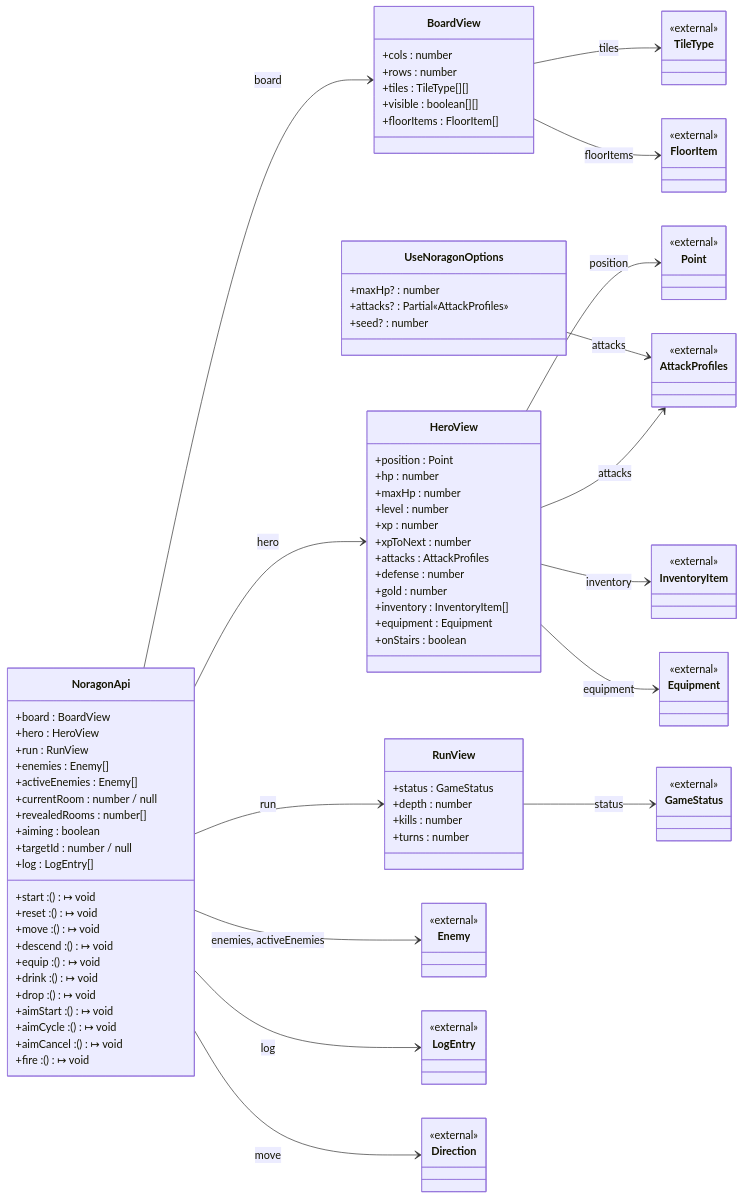
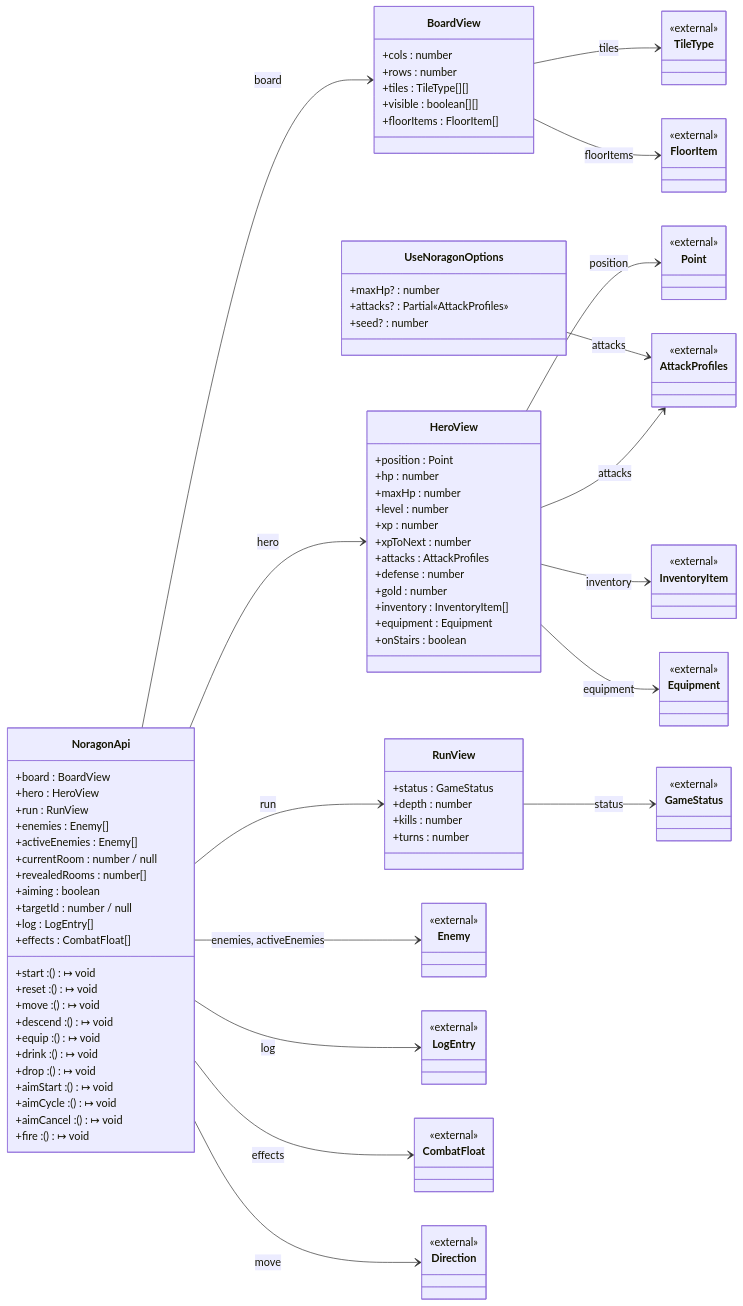
The third of 4 diagrams in docs/DOMAIN_MODEL.md (norarcasey/legends-of-noragon), drawn with Mermaid before and after one commit. The commit also changed other lines of this file and 4 other files, not shown here.

````diff
--- a/docs/DOMAIN_MODEL.md
+++ b/docs/DOMAIN_MODEL.md
@@ -344,6 +357,7 @@
     +aiming : boolean
     +targetId : number / null
     +log : LogEntry[]
+    +effects : CombatFloat[]
     +start : () ↦ void
     +reset : () ↦ void
     +move : () ↦ void
@@ -383,6 +397,9 @@
   class LogEntry {
     <<external>>
   }
+  class CombatFloat {
+    <<external>>
+  }
   class Direction {
     <<external>>
   }
@@ -399,5 +416,6 @@
   NoragonApi --> RunView : run
   NoragonApi --> Enemy : enemies, activeEnemies
   NoragonApi --> LogEntry : log
+  NoragonApi --> CombatFloat : effects
   NoragonApi --> Direction : move
 ```
````
